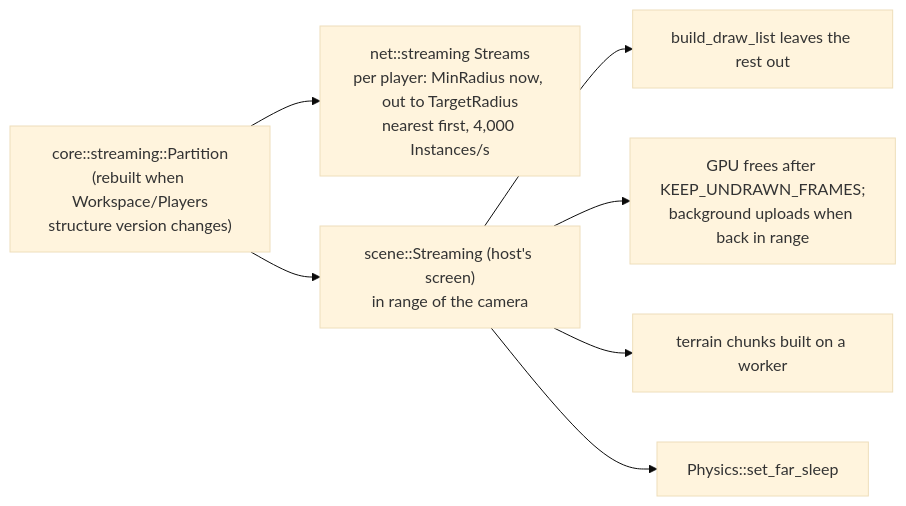
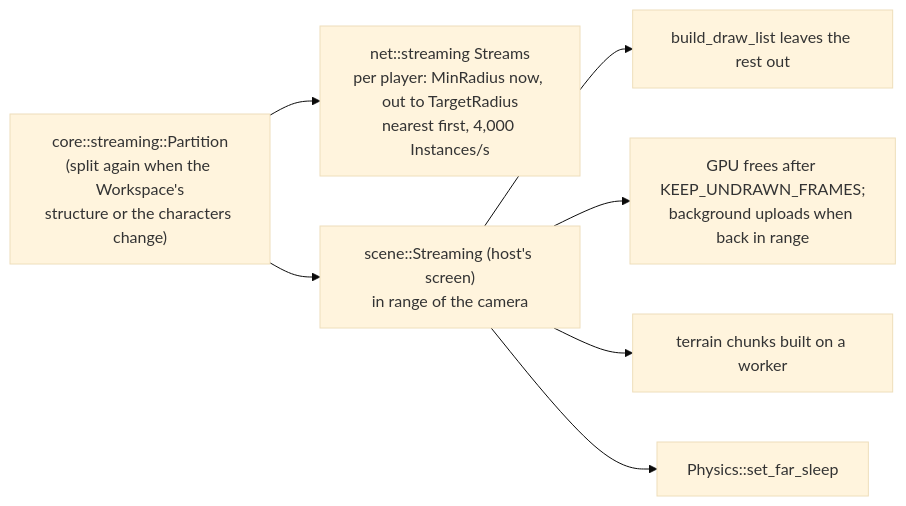
One commit to MrBearson321/Axcenity-Engine changed the diagram in wiki/Engine-Systems/World-Streaming.md. Above: the diagram before and after it, drawn with Mermaid (base theme). The commit also changed other lines of this file and 18 other files, not shown here.

````diff
--- a/wiki/Engine-Systems/World-Streaming.md
+++ b/wiki/Engine-Systems/World-Streaming.md
@@ -21,9 +21,9 @@
 ```mermaid
 flowchart LR
-  P["core::streaming::Partition<br/>(rebuilt when Workspace/Players<br/>structure version changes)"] --> NS["net::streaming Streams<br/>per player: MinRadius now, out to TargetRadius<br/>nearest first, 4,000 Instances/s"]
+  P["core::streaming::Partition<br/>(split again when the Workspace's<br/>structure or the characters change)"] --> NS["net::streaming Streams<br/>per player: MinRadius now, out to TargetRadius<br/>nearest first, 4,000 Instances/s"]
   P --> SS["scene::Streaming (host's screen)<br/>in range of the camera"]
   SS --> DL[build_draw_list leaves the rest out]
   SS --> GPU["GPU frees after KEEP_UNDRAWN_FRAMES;<br/>background uploads when back in range"]
   SS --> TC[terrain chunks built on a worker]
   SS --> PH[Physics::set_far_sleep]
 ```
````
